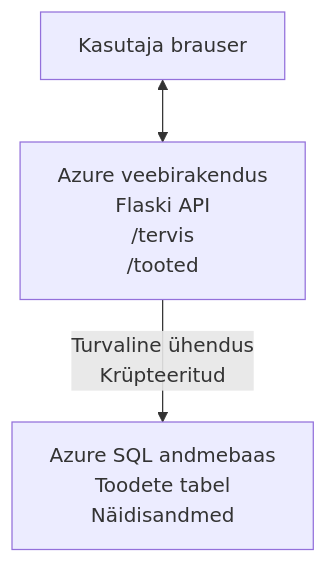
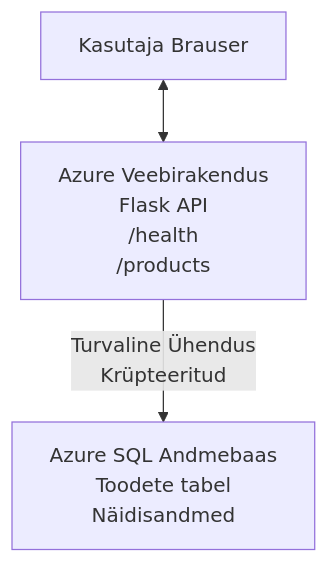
One commit to microsoft/AZD-for-beginners changed the diagram in translations/et/examples/database-app/README.md. Above: the diagram before and after it, drawn with Mermaid. The commit also changed other lines of this file and 104 other files, not shown here.

````diff
--- a/translations/et/examples/database-app/README.md
+++ b/translations/et/examples/database-app/README.md
@@ -72,5 +75,5 @@
 ```mermaid
 graph TD
-    Browser[Kasutaja brauser] <--> WebApp[Azure veebirakendus<br/>Flaski API<br/>/tervis<br/>/tooted]
-    WebApp -- Turvaline ühendus<br/>Krüpteeritud --> SQL[Azure SQL andmebaas<br/>Toodete tabel<br/>Näidisandmed]
+    Browser[Kasutaja Brauser] <--> WebApp[Azure Veebirakendus<br/>Flask API<br/>/health<br/>/products]
+    WebApp -- Turvaline Ühendus<br/>Krüpteeritud --> SQL[Azure SQL Andmebaas<br/>Toodete tabel<br/>Näidisandmed]
 ```
````
